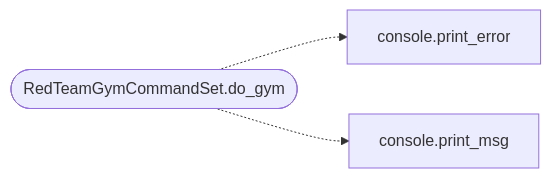
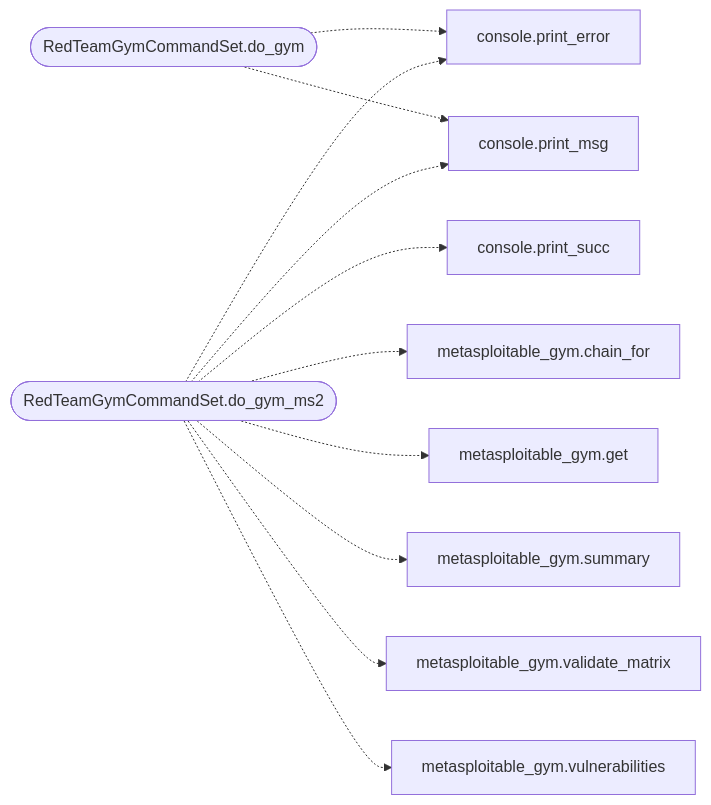
Before and after one commit to grisuno/LazyOwn: the second of 2 diagrams in readmenator-apidocs/modules/cli.commands.redteam_gym.py.md, drawn with Mermaid. The commit also changed other lines of this file and 764 other files, not shown here.

````diff
--- a/readmenator-apidocs/modules/cli.commands.redteam_gym.py.md
+++ b/readmenator-apidocs/modules/cli.commands.redteam_gym.py.md
@@ -32,8 +34,23 @@
 ```mermaid
 flowchart LR
     n_cli_commands_redteam_gym_py__RedTeamGymCommandSet_do_gym(["RedTeamGymCommandSet.do_gym"])
     n_core_console_py__print_error["console.print_error"]
     n_core_console_py__print_msg["console.print_msg"]
+    n_cli_commands_redteam_gym_py__RedTeamGymCommandSet_do_gym_ms2(["RedTeamGymCommandSet.do_gym_ms2"])
+    n_core_console_py__print_succ["console.print_succ"]
+    n_modules_metasploitable_gym_py__chain_for["metasploitable_gym.chain_for"]
+    n_modules_metasploitable_gym_py__get["metasploitable_gym.get"]
+    n_modules_metasploitable_gym_py__summary["metasploitable_gym.summary"]
+    n_modules_metasploitable_gym_py__validate_matrix["metasploitable_gym.validate_matrix"]
+    n_modules_metasploitable_gym_py__vulnerabilities["metasploitable_gym.vulnerabilities"]
     n_cli_commands_redteam_gym_py__RedTeamGymCommandSet_do_gym -.-> n_core_console_py__print_error
     n_cli_commands_redteam_gym_py__RedTeamGymCommandSet_do_gym -.-> n_core_console_py__print_msg
+    n_cli_commands_redteam_gym_py__RedTeamGymCommandSet_do_gym_ms2 -.-> n_core_console_py__print_error
+    n_cli_commands_redteam_gym_py__RedTeamGymCommandSet_do_gym_ms2 -.-> n_core_console_py__print_msg
+    n_cli_commands_redteam_gym_py__RedTeamGymCommandSet_do_gym_ms2 -.-> n_core_console_py__print_succ
+    n_cli_commands_redteam_gym_py__RedTeamGymCommandSet_do_gym_ms2 -.-> n_modules_metasploitable_gym_py__chain_for
+    n_cli_commands_redteam_gym_py__RedTeamGymCommandSet_do_gym_ms2 -.-> n_modules_metasploitable_gym_py__get
+    n_cli_commands_redteam_gym_py__RedTeamGymCommandSet_do_gym_ms2 -.-> n_modules_metasploitable_gym_py__summary
+    n_cli_commands_redteam_gym_py__RedTeamGymCommandSet_do_gym_ms2 -.-> n_modules_metasploitable_gym_py__validate_matrix
+    n_cli_commands_redteam_gym_py__RedTeamGymCommandSet_do_gym_ms2 -.-> n_modules_metasploitable_gym_py__vulnerabilities
 ```
````
